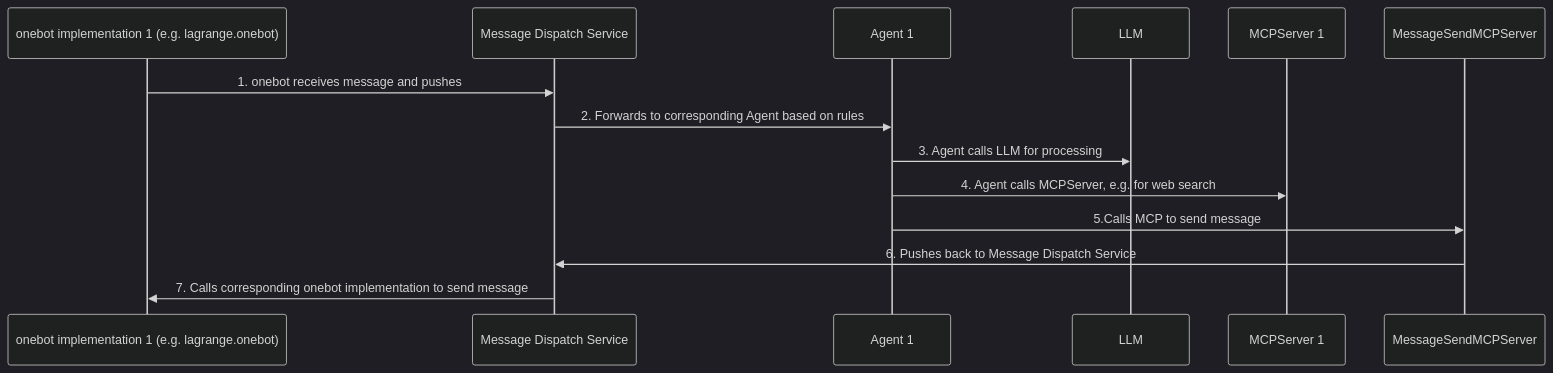
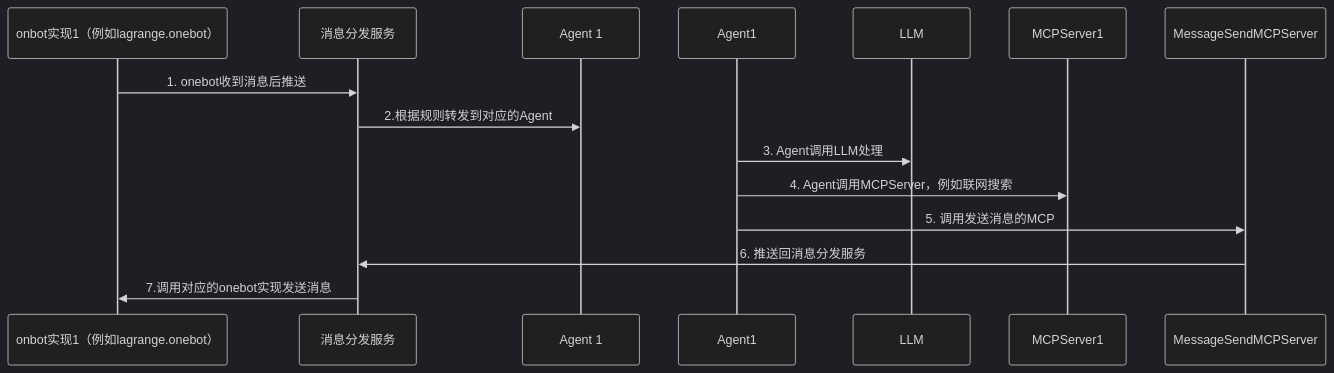
The second of 2 diagrams in README.md (li1553770945/onebot-agent), drawn with Mermaid (dark theme) before and after one commit. The commit also changed other lines of this file and 4 other files, not shown here.

````diff
--- a/README.md
+++ b/README.md
@@ -30,10 +50,10 @@
 ```mermaid
 sequenceDiagram
-	onebot implementation 1 (e.g. lagrange.onebot) ->> Message Dispatch Service: 1. onebot receives message and pushes
-	Message Dispatch Service ->> Agent 1: 2. Forwards to corresponding Agent based on rules
-	Agent 1 ->> LLM: 3. Agent calls LLM for processing
-	Agent 1 ->> MCPServer 1: 4. Agent calls MCPServer, e.g. for web search
-	Agent 1 ->> MessageSendMCPServer: 5.Calls MCP to send message
-	MessageSendMCPServer ->> Message Dispatch Service: 6. Pushes back to Message Dispatch Service
-	Message Dispatch Service ->> onebot implementation 1 (e.g. lagrange.onebot): 7. Calls corresponding onebot implementation to send message
+	onbot实现1（例如lagrange.onebot）->>消息分发服务: 1. onebot收到消息后推送
+	消息分发服务->> Agent 1: 2.根据规则转发到对应的Agent
+	Agent1 ->> LLM: 3. Agent调用LLM处理
+	Agent1 ->> MCPServer1: 4. Agent调用MCPServer，例如联网搜索
+	Agent1 ->> MessageSendMCPServer: 5. 调用发送消息的MCP
+	MessageSendMCPServer ->> 消息分发服务: 6. 推送回消息分发服务
+	消息分发服务 ->> onbot实现1（例如lagrange.onebot）: 7.调用对应的onebot实现发送消息
 ```
````
